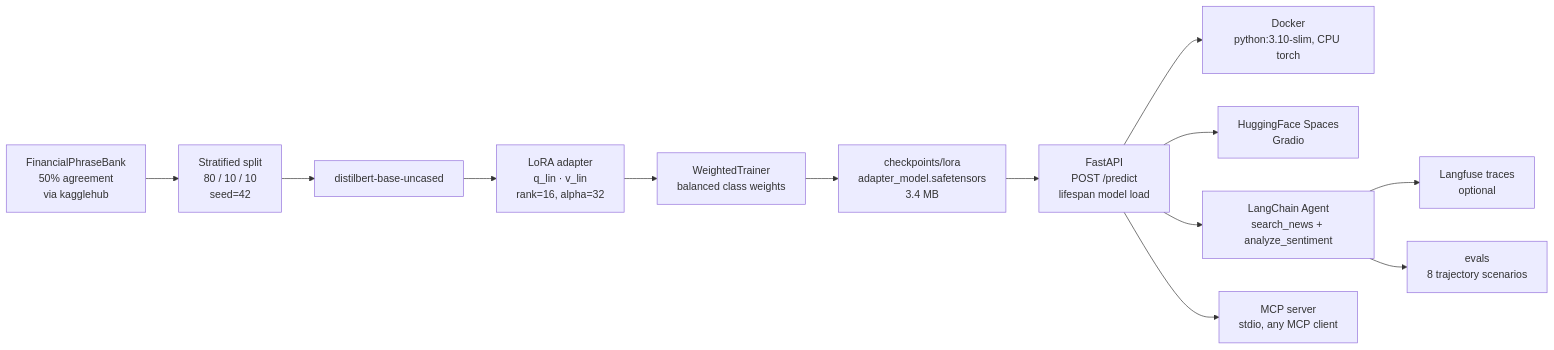
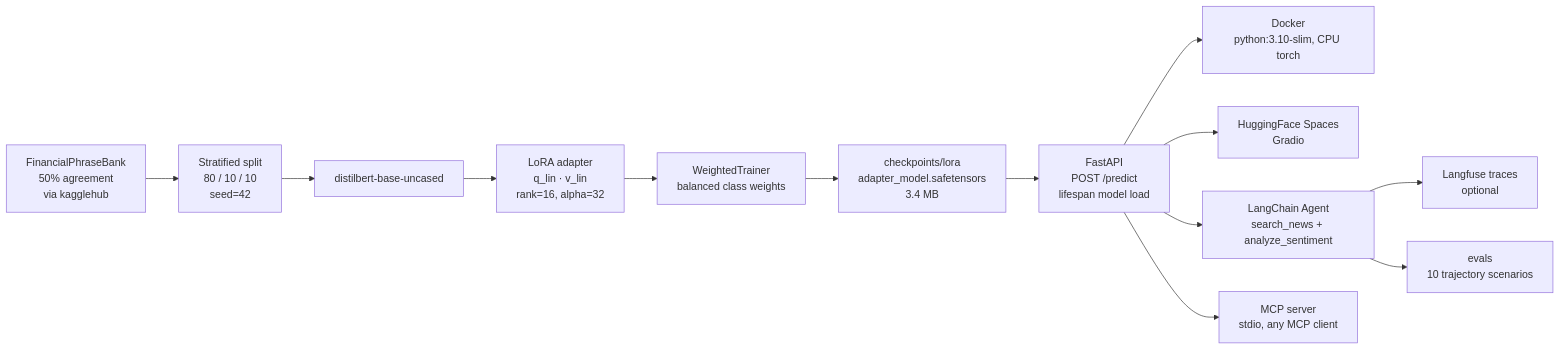
The diagram in README.md (jmpei/financial-sentiment-agent), drawn with Mermaid before and after one commit. The commit also changed other lines of this file and 3 other files, not shown here.

````diff
--- a/README.md
+++ b/README.md
@@ -91,16 +95,16 @@
 ```mermaid
 flowchart LR
     A[FinancialPhraseBank\n50% agreement\nvia kagglehub]
       --> B[Stratified split\n80 / 10 / 10\nseed=42]
     B --> C[distilbert-base-uncased]
     C --> D[LoRA adapter\nq_lin · v_lin\nrank=16, alpha=32]
     D --> E[WeightedTrainer\nbalanced class weights]
     E --> F[checkpoints/lora\nadapter_model.safetensors\n3.4 MB]
     F --> G[FastAPI\nPOST /predict\nlifespan model load]
     G --> H[Docker\npython:3.10-slim, CPU torch]
     G --> I[HuggingFace Spaces\nGradio]
     G --> J[LangChain Agent\nsearch_news + analyze_sentiment]
     G --> K[MCP server\nstdio, any MCP client]
     J --> L[Langfuse traces\noptional]
-    J --> M[evals\n8 trajectory scenarios]
+    J --> M[evals\n10 trajectory scenarios]
 ```
````
